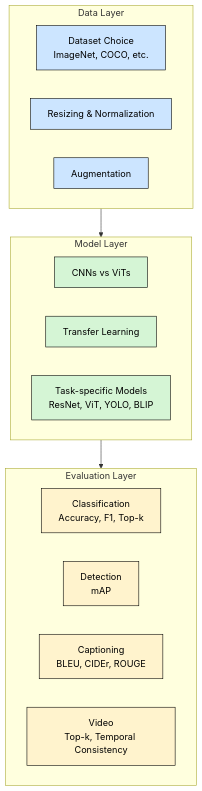
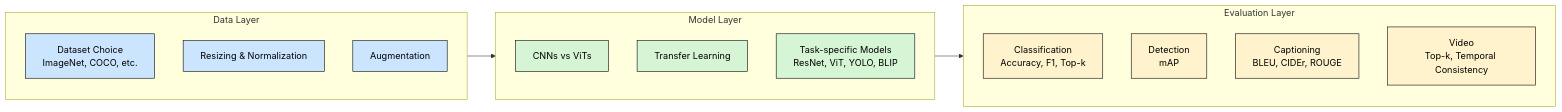
The diagram in docs/day2/cv_general.md (MariaAise/dl_intro), drawn with Mermaid before and after one commit.

````diff
--- a/docs/day2/cv_general.md
+++ b/docs/day2/cv_general.md
@@ -13,30 +13,30 @@
 ```mermaid
-flowchart TD
+flowchart LR
     subgraph DataLayer[Data Layer]
         A1[Dataset Choice<br/> ImageNet, COCO, etc.]
         A2[Resizing & Normalization]
         A3[Augmentation]
     end
 
     subgraph ModelLayer[Model Layer]
         B1[CNNs vs ViTs]
         B2[Transfer Learning]
         B3[Task-specific Models<br/> ResNet, ViT, YOLO, BLIP]
     end
 
     subgraph EvalLayer[Evaluation Layer]
         C1[Classification<br/> Accuracy, F1, Top-k]
         C2[Detection<br/> mAP]
         C3[Captioning<br/>BLEU, CIDEr, ROUGE]
         C4[Video<br/>Top-k, Temporal Consistency]
     end
 
     DataLayer --> ModelLayer --> EvalLayer
 
     class A1,A2,A3 data
     class B1,B2,B3 model
     class C1,C2,C3,C4 eval
     classDef data fill:#cce5ff,stroke:#000,color:#000;
     classDef model fill:#d5f5d5,stroke:#000,color:#000;
     classDef eval fill:#fff3cd,stroke:#000,color:#000;
 ```
````
